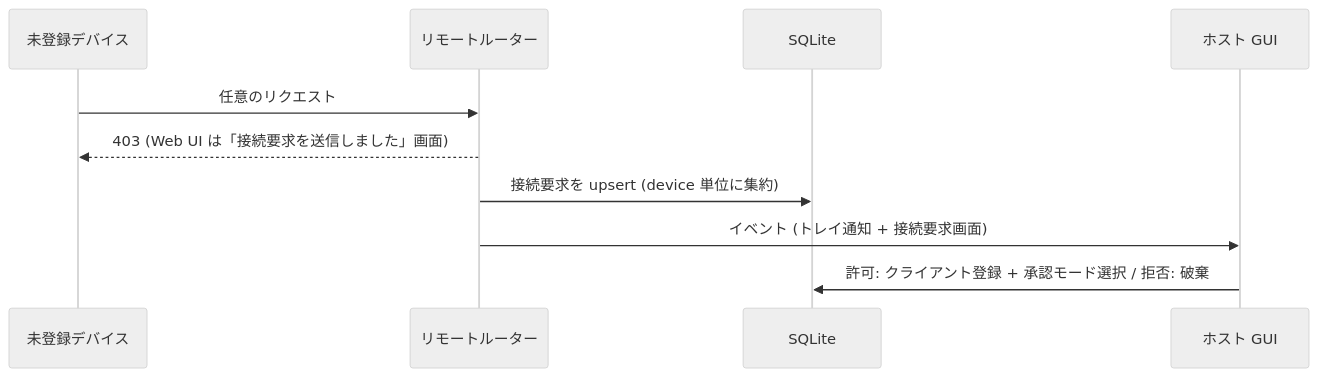
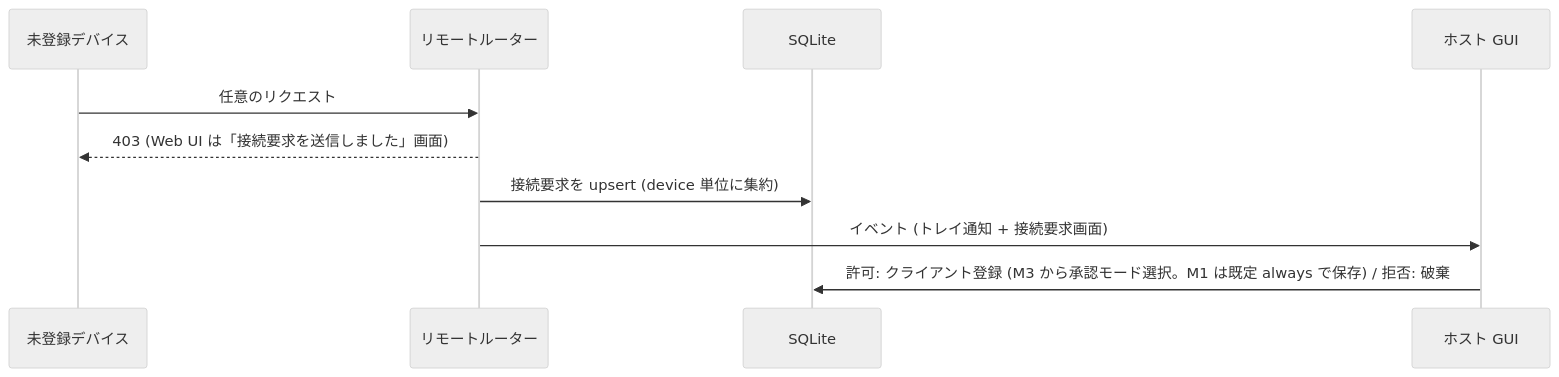
One commit to ousiassllc/puppet-remo changed the eighth of 9 diagrams in docs/architecture/overview.md. Above: the diagram before and after it, drawn with Mermaid (neutral theme). The commit also changed other lines of this file and 7 other files, not shown here.

````diff
--- a/docs/architecture/overview.md
+++ b/docs/architecture/overview.md
@@ -374,12 +377,12 @@
 ```mermaid
 sequenceDiagram
     participant D as 未登録デバイス
     participant R as リモートルーター
     participant DB as SQLite
     participant U as ホスト GUI
     D->>R: 任意のリクエスト
     R-->>D: 403 (Web UI は「接続要求を送信しました」画面)
     R->>DB: 接続要求を upsert (device 単位に集約)
     R->>U: イベント (トレイ通知 + 接続要求画面)
-    U->>DB: 許可: クライアント登録 + 承認モード選択 / 拒否: 破棄
+    U->>DB: 許可: クライアント登録 (M3 から承認モード選択。M1 は既定 always で保存) / 拒否: 破棄
 ```
````
